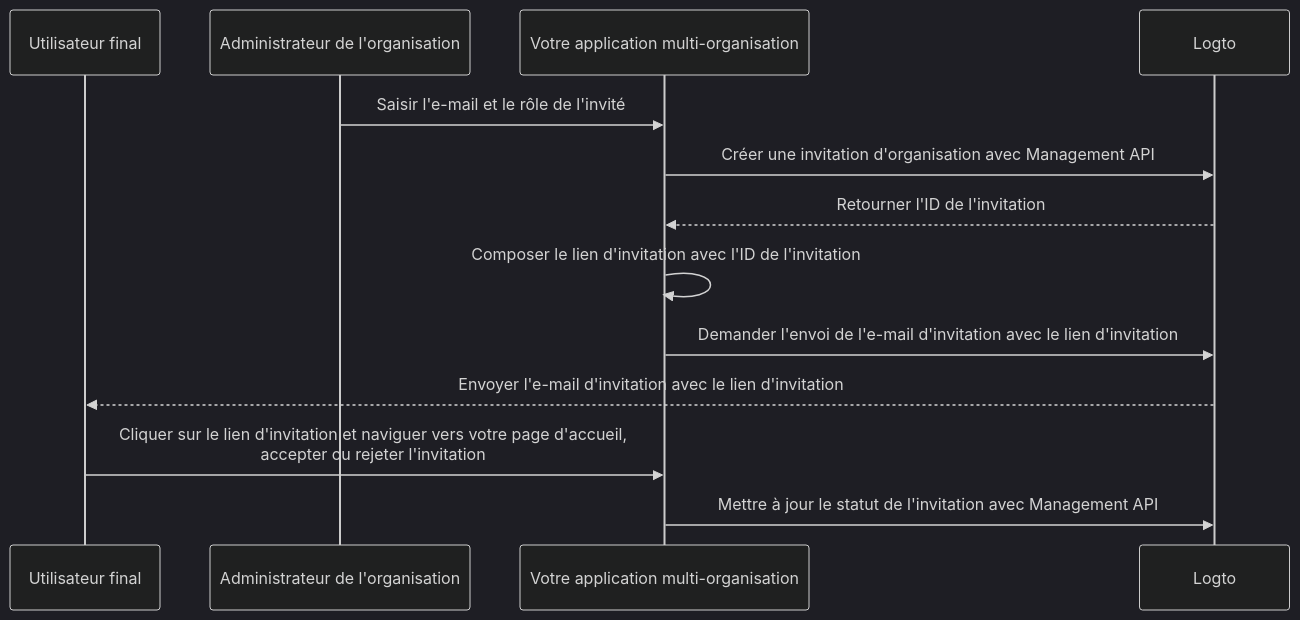
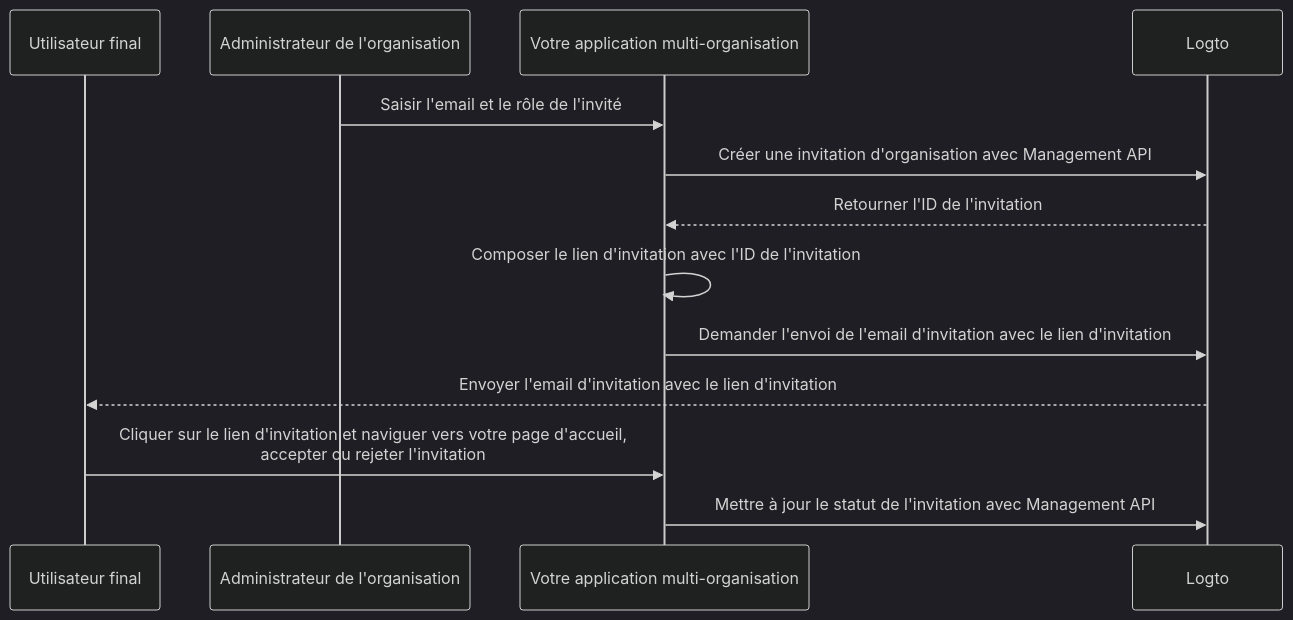
One commit to logto-io/docs changed the diagram in i18n/fr/docusaurus-plugin-content-docs/current/end-user-flows/organization-experience/invite-organization-members.mdx. Above: the diagram before and after it, drawn with Mermaid (dark theme). The commit also changed other lines of this file and 234 other files, not shown here.

````diff
--- a/i18n/fr/docusaurus-plugin-content-docs/current/end-user-flows/organization-experience/invite-organization-members.mdx
+++ b/i18n/fr/docusaurus-plugin-content-docs/current/end-user-flows/organization-experience/invite-organization-members.mdx
@@ -13,16 +13,16 @@
 ```mermaid
 sequenceDiagram
 	Participant U as Utilisateur final
   Participant A as Administrateur de l'organisation
   Participant C as Votre application multi-organisation
 	Participant L as Logto
 
-  A ->> C: Saisir l'e-mail et le rôle de l'invité
+  A ->> C: Saisir l'email et le rôle de l'invité
   C ->> L: Créer une invitation d'organisation avec Management API
   L -->> C: Retourner l'ID de l'invitation
   C ->> C: Composer le lien d'invitation avec l'ID de l'invitation
-  C ->> L: Demander l'envoi de l'e-mail d'invitation avec le lien d'invitation
-  L -->> U: Envoyer l'e-mail d'invitation avec le lien d'invitation
+  C ->> L: Demander l'envoi de l'email d'invitation avec le lien d'invitation
+  L -->> U: Envoyer l'email d'invitation avec le lien d'invitation
   U ->> C: Cliquer sur le lien d'invitation et naviguer vers votre page d'accueil,<br /> accepter ou rejeter l'invitation
   C ->> L: Mettre à jour le statut de l'invitation avec Management API
 ```
````
